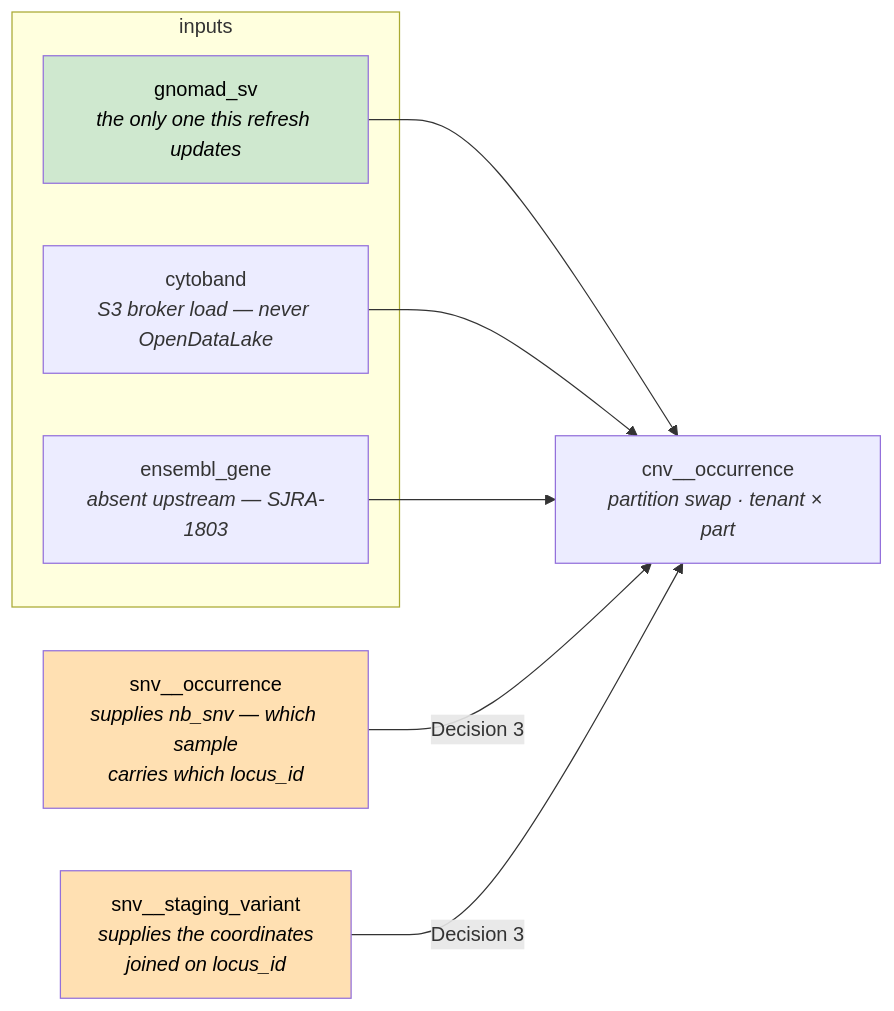
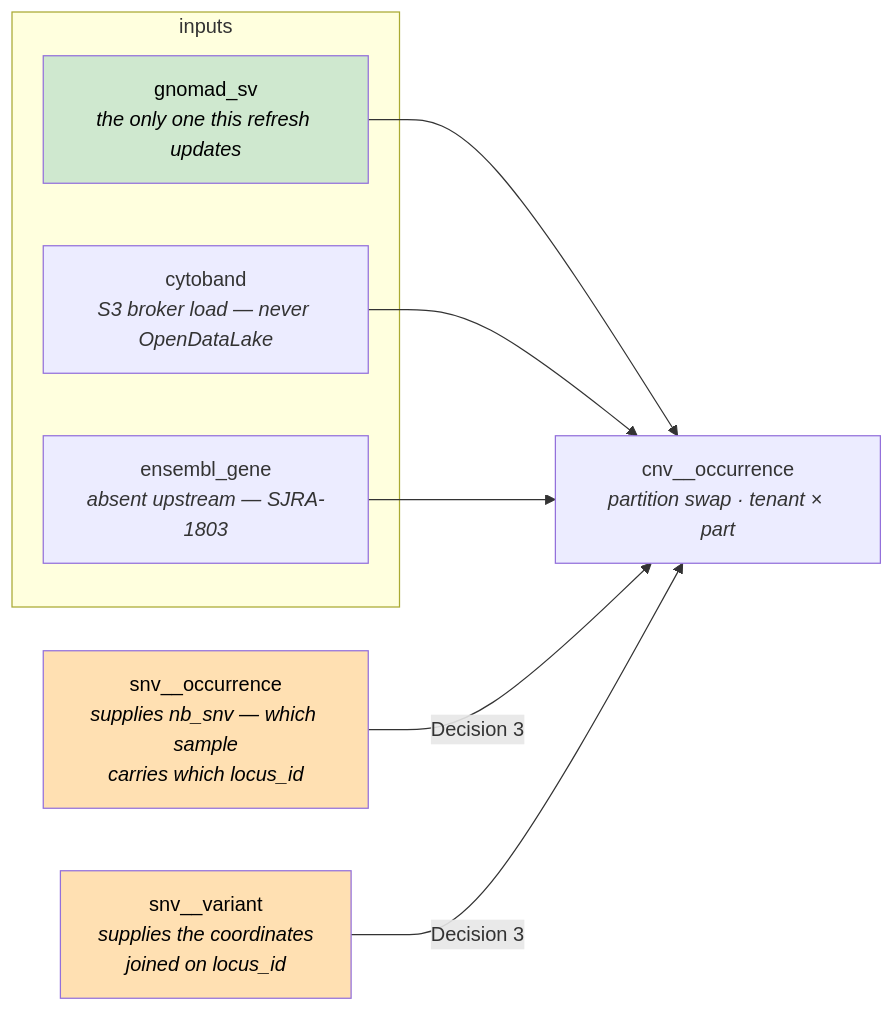
The third of 4 diagrams in design/SJRA-1811-opendatalake-integration.md (radiant-network/radiant-portal-pipeline), drawn with Mermaid before and after one commit. The commit also changed other lines of this file and 8 other files, not shown here.

Commit message:
feat: sjra-1888 use variant and not staging variant

````diff
--- a/design/SJRA-1811-opendatalake-integration.md
+++ b/design/SJRA-1811-opendatalake-integration.md
@@ -254,19 +262,19 @@
 ```mermaid
 flowchart LR
     subgraph SRC["inputs"]
         GSV["gnomad_sv<br/><i>the only one this refresh updates</i>"]
         CB["cytoband<br/><i>S3 broker load — never OpenDataLake</i>"]
         EG["ensembl_gene<br/><i>absent upstream — SJRA-1803</i>"]
     end
     SNVO["snv__occurrence<br/><i>supplies nb_snv — which sample<br/>carries which locus_id</i>"]
-    SV["snv__staging_variant<br/><i>supplies the coordinates<br/>joined on locus_id</i>"]
+    SV["snv__variant<br/><i>supplies the coordinates<br/>joined on locus_id</i>"]
     OCC["cnv__occurrence<br/><i>partition swap · tenant × part</i>"]
     GSV --> OCC
     CB --> OCC
     EG --> OCC
     SNVO -->|"Decision 3"| OCC
     SV -->|"Decision 3"| OCC
     style GSV fill:#cfe8cf,color:#000
     style SNVO fill:#ffe0b2,color:#000
     style SV fill:#ffe0b2,color:#000
 ```
````
